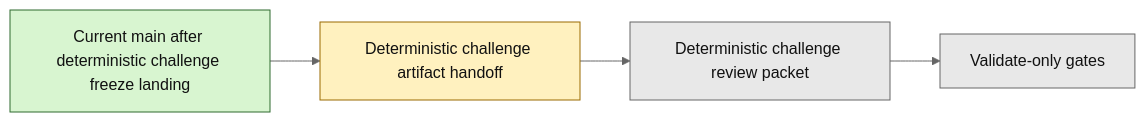
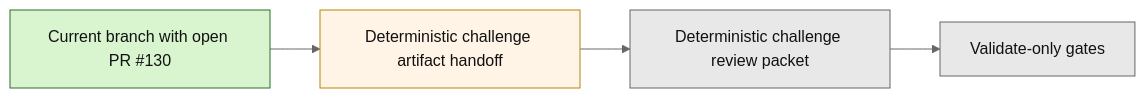
One commit to benjmcd/project6_REPO_MCP_FOLDER changed the second of 2 diagrams in next_milestone_plans/layer3_progress_board.md. Above: the diagram before and after it, drawn with Mermaid (neutral theme). The commit also changed other lines of this file and 8 other files, not shown here.

Commit message:
docs(layer3): sync deterministic challenge lane state

````diff
--- a/next_milestone_plans/layer3_progress_board.md
+++ b/next_milestone_plans/layer3_progress_board.md
@@ -154,14 +155,14 @@
 ```mermaid
 flowchart LR
-    A["Current main after deterministic challenge freeze landing"] --> B["Deterministic challenge artifact handoff"]
+    A["Current branch with open PR #130"] --> B["Deterministic challenge artifact handoff"]
     B --> C["Deterministic challenge review packet"]
     C --> D["Validate-only gates"]
 
     classDef done fill:#d8f5d0,stroke:#2f6b2f,color:#111;
-    classDef planned fill:#fff1bf,stroke:#9a6b00,color:#111;
+    classDef open fill:#fff4e6,stroke:#b8860b,color:#111;
     classDef future fill:#e8e8e8,stroke:#666,color:#111;
 
     class A done;
-    class B planned;
+    class B open;
     class C,D future;
 ```
````
